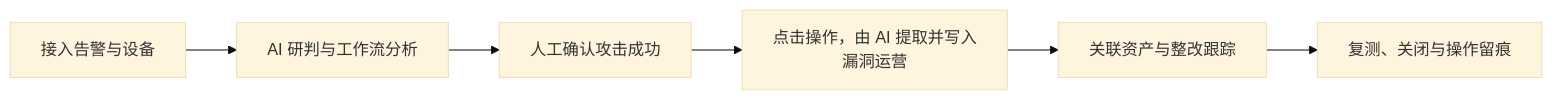
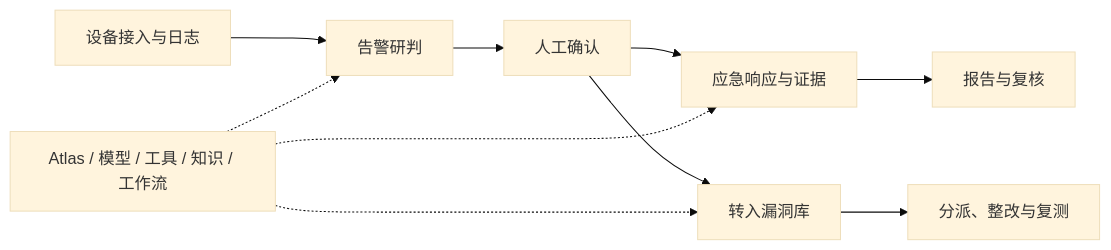
The diagram in README.md (knot07/AegisOps), drawn with Mermaid (base theme) before and after one commit. The commit also changed other lines of this file and 322 other files, not shown here.

````diff
--- a/README.md
+++ b/README.md
@@ -30,8 +27,12 @@
 ```mermaid
 flowchart LR
-    A[接入告警与设备] --> B[AI 研判与工作流分析]
-    B --> C[人工确认攻击成功]
-    C --> D[点击操作，由 AI 提取并写入漏洞运营]
-    D --> E[关联资产与整改跟踪]
-    E --> F[复测、关闭与操作留痕]
+ A[设备接入与日志] --> B[告警研判]
+ B --> C[人工确认]
+ C --> D[应急响应与证据]
+ C --> E[转入漏洞库]
+ D --> F[报告与复核]
+ E --> G[分派、整改与复测]
+ H[Atlas / 模型 / 工具 / 知识 / 工作流] -.-> B
+ H -.-> D
+ H -.-> E
 ```
````
